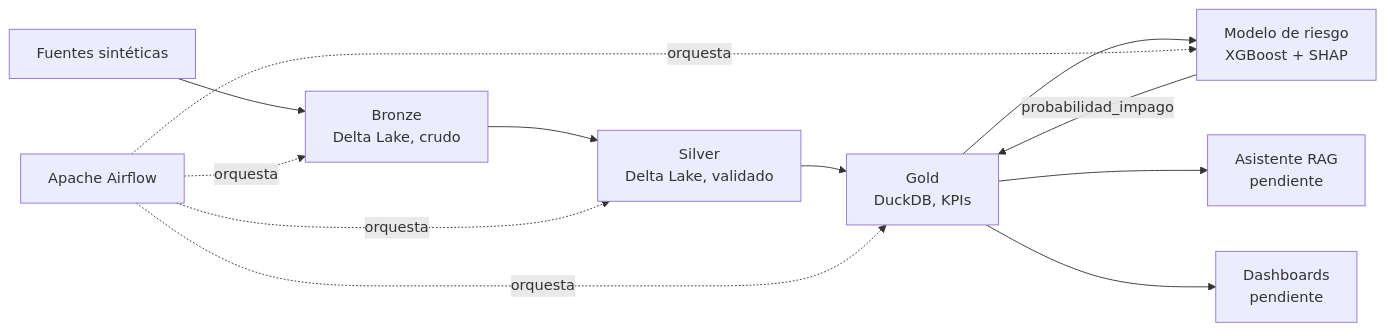
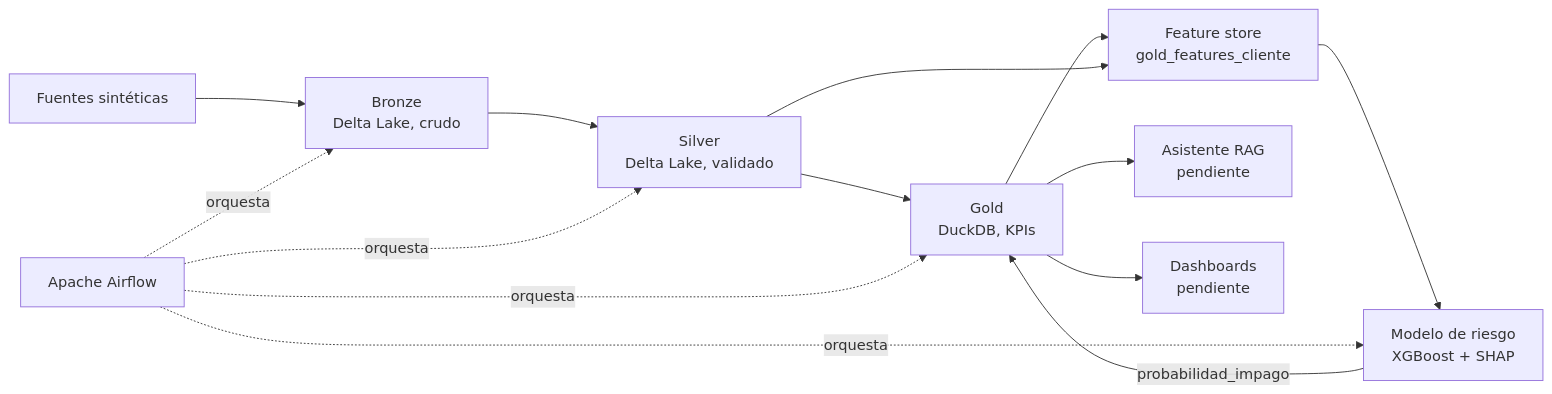
Before and after one commit to nox-sudo/digital-twin-bbva: the diagram in README.md, drawn with Mermaid. The commit also changed other lines of this file and 10 other files, not shown here.

````diff
--- a/README.md
+++ b/README.md
@@ -34,15 +34,17 @@
 ```mermaid
 flowchart LR
     A[Fuentes sintéticas] --> B[Bronze<br/>Delta Lake, crudo]
     B --> C[Silver<br/>Delta Lake, validado]
     C --> D[Gold<br/>DuckDB, KPIs]
-    D --> E[Modelo de riesgo<br/>XGBoost + SHAP]
+    D --> FS[Feature store<br/>gold_features_cliente]
+    C --> FS
+    FS --> E[Modelo de riesgo<br/>XGBoost + SHAP]
     E -->|probabilidad_impago| D
     D --> F[Asistente RAG<br/>pendiente]
     D --> G[Dashboards<br/>pendiente]
 
     H[Apache Airflow] -.orquesta.-> B
     H -.orquesta.-> C
     H -.orquesta.-> D
     H -.orquesta.-> E
 ```
````
